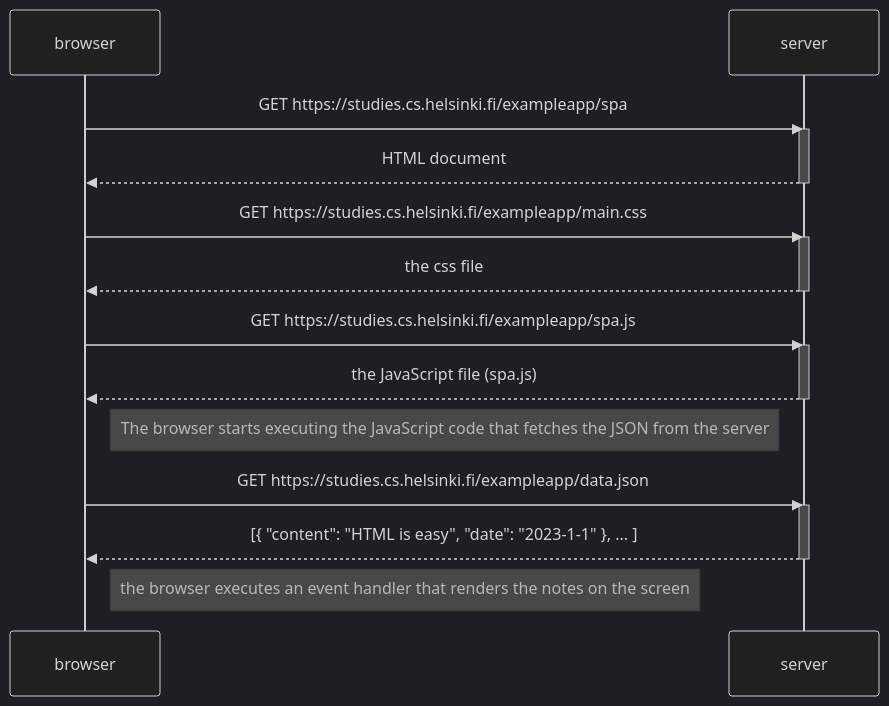
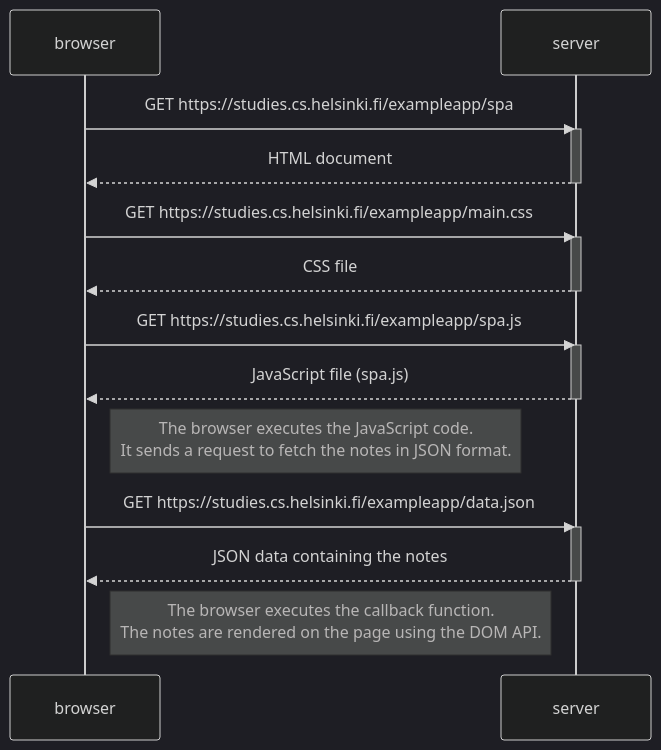
One commit to MoisesAlfar0o/FullStackOpen changed the diagram in part0/0.5.md. Above: the diagram before and after it, drawn with Mermaid (dark theme). The commit also changed 2 other files, not shown here.

Commit message:
Complete Part 0 exercises

````diff
--- a/part0/0.5.md
+++ b/part0/0.5.md
@@ -1,29 +1,29 @@
 ```mermaid
-sequenceDiagram
-  participant browser
-  participant server
+  sequenceDiagram
+    participant browser
+    participant server
 
-  browser->>server: GET https://studies.cs.helsinki.fi/exampleapp/spa
-  activate server
-  server-->>browser: HTML document
-  deactivate server
+    browser->>server: GET https://studies.cs.helsinki.fi/exampleapp/spa
+    activate server
+    server-->>browser: HTML document
+    deactivate server
 
-  browser->>server: GET https://studies.cs.helsinki.fi/exampleapp/main.css
-  activate server
-  server-->>browser: the css file
-  deactivate server
+    browser->>server: GET https://studies.cs.helsinki.fi/exampleapp/main.css
+    activate server
+    server-->>browser: CSS file
+    deactivate server
 
-  browser->>server: GET https://studies.cs.helsinki.fi/exampleapp/spa.js
-  activate server
-  server-->>browser: the JavaScript file (spa.js)
-  deactivate server
+    browser->>server: GET https://studies.cs.helsinki.fi/exampleapp/spa.js
+    activate server
+    server-->>browser: JavaScript file (spa.js)
+    deactivate server
 
-  Note right of browser: The browser starts executing the JavaScript code that fetches the JSON from the server
+    Note right of browser: The browser executes the JavaScript code.<br/>It sends a request to fetch the notes in JSON format.
 
-  browser->>server: GET https://studies.cs.helsinki.fi/exampleapp/data.json
-  activate server
-  server-->>browser: [{ "content": "HTML is easy", "date": "2023-1-1" }, ... ]
-  deactivate server
+    browser->>server: GET https://studies.cs.helsinki.fi/exampleapp/data.json
+    activate server
+    server-->>browser: JSON data containing the notes
+    deactivate server
 
-  Note right of browser: the browser executes an event handler that renders the notes on the screen
+    Note right of browser: The browser executes the callback function.<br/>The notes are rendered on the page using the DOM API.
 ```
````
